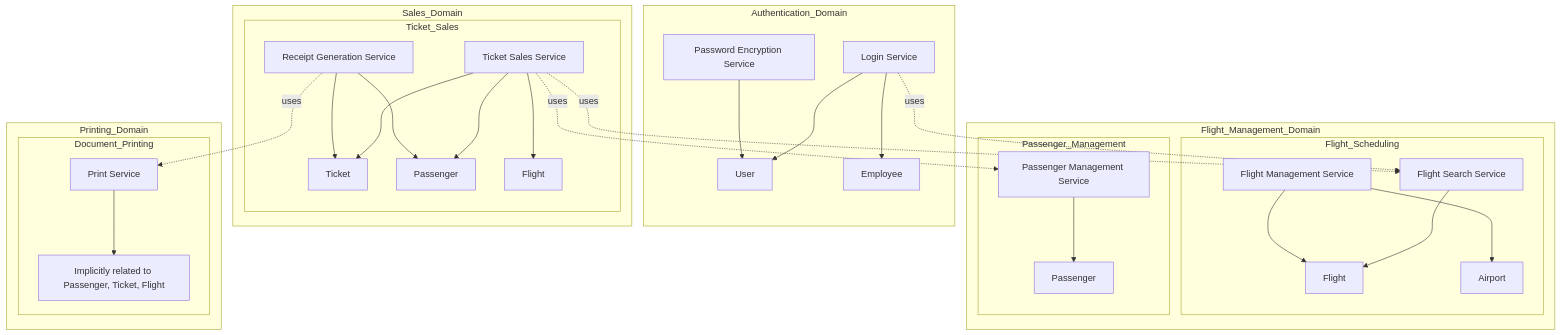
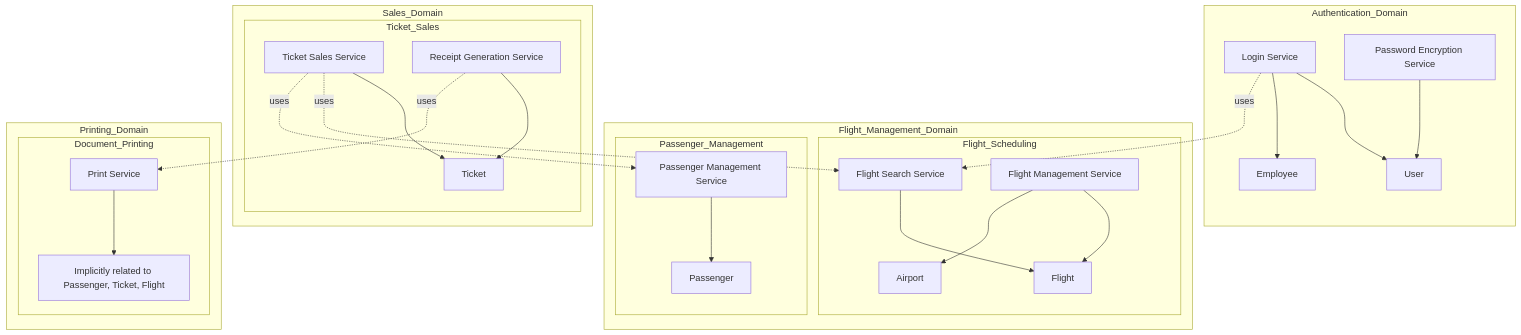
Before and after one commit to pAIrprogio/cobol-airlines-retro-doc: the diagram in docs/domain.md, drawn with Mermaid. The commit also changed other lines of this file, not shown here.

Commit message:
Let oai fix domain

````diff
--- a/docs/domain.md
+++ b/docs/domain.md
@@ -54,57 +52,52 @@
 ```mermaid
 graph TD
     subgraph Authentication_Domain
         A1[User]
         A2[Employee]
         AS1[Login Service]
         AS2[Password Encryption Service]
         AS1 --> A1
         AS1 --> A2
         AS2 --> A1
     end
 
     subgraph Flight_Management_Domain
         subgraph Flight_Scheduling
             B1[Flight]
             B2[Airport]
             FS1[Flight Search Service]
             FS2[Flight Management Service]
             FS1 --> B1
             FS2 --> B1
             FS2 --> B2
         end
         subgraph Passenger_Management
             PM1[Passenger]
             PM2[Passenger Management Service]
             PM2 --> PM1
         end
     end
 
     subgraph Sales_Domain
         subgraph Ticket_Sales
             C1[Ticket]
-            C2[Passenger]
-            C3[Flight]
             TS1[Ticket Sales Service]
             TS2[Receipt Generation Service]
             TS1 --> C1
-            TS1 --> C2
-            TS1 --> C3
             TS2 --> C1
-            TS2 --> C2
         end
     end
 
     subgraph Printing_Domain
         subgraph Document_Printing
             DP1[Implicitly related to Passenger, Ticket, Flight]
             PS1[Print Service]
             PS1 --> DP1
         end
     end
 
     AS1 -.->|uses| FS1
     TS1 -.->|uses| FS1
     TS1 -.->|uses| PM2
     TS2 -.->|uses| PS1
 ```
````
